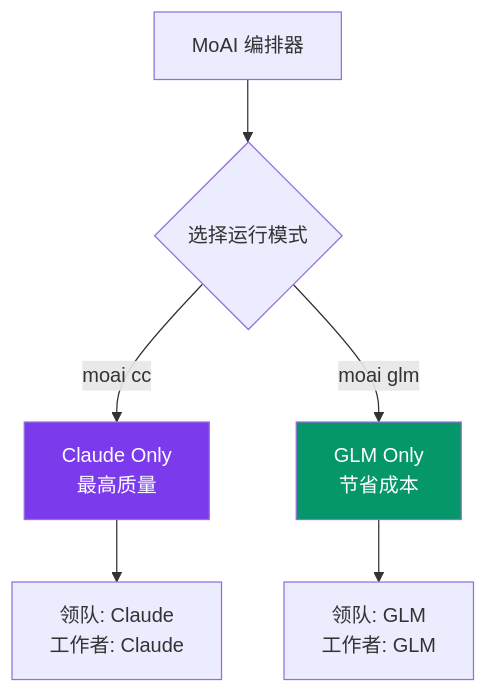
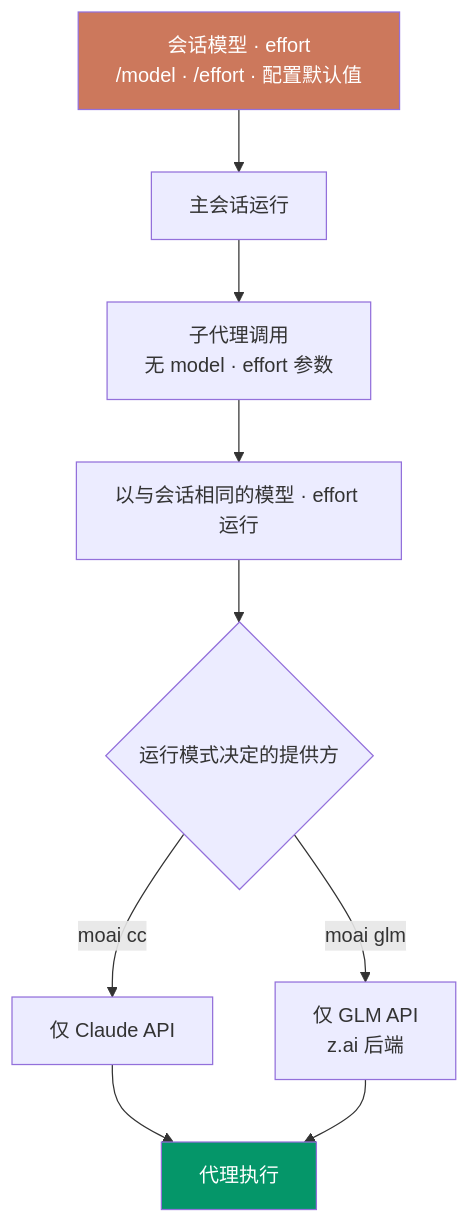
One commit to modu-ai/moai-adk changed the diagram in docs-site/content/zh/multi-llm/_index.md. Above: the diagram before and after it, drawn with Mermaid. The commit also changed other lines of this file and 2 other files, not shown here.

````diff
--- a/docs-site/content/zh/multi-llm/_index.md
+++ b/docs-site/content/zh/multi-llm/_index.md
@@ -51,12 +111,14 @@
 ```mermaid
-graph TD
-    A["MoAI 编排器"] --> B{"选择运行模式"}
-    B -->|"moai cc"| C["Claude Only<br/>最高质量"]
-    B -->|"moai glm"| D["GLM Only<br/>节省成本"]
+flowchart TD
+    A["会话模型 · effort<br/>/model · /effort · 配置默认值"] --> B["主会话运行"]
+    B --> C["子代理调用<br/>无 model · effort 参数"]
+    C --> D["以与会话相同的模型 · effort 运行"]
+    D --> E{"运行模式决定的提供方"}
+    E -->|"moai cc"| F["仅 Claude API"]
+    E -->|"moai glm"| G["仅 GLM API<br/>z.ai 后端"]
+    F --> I["代理执行"]
+    G --> I
 
-    C --> F["领队: Claude<br/>工作者: Claude"]
-    D --> G["领队: GLM<br/>工作者: GLM"]
-
-    style C fill:#7C3AED,color:#fff
-    style D fill:#059669,color:#fff
+    style A fill:#cc785c,color:#fff
+    style I fill:#059669,color:#fff
 ```
````
